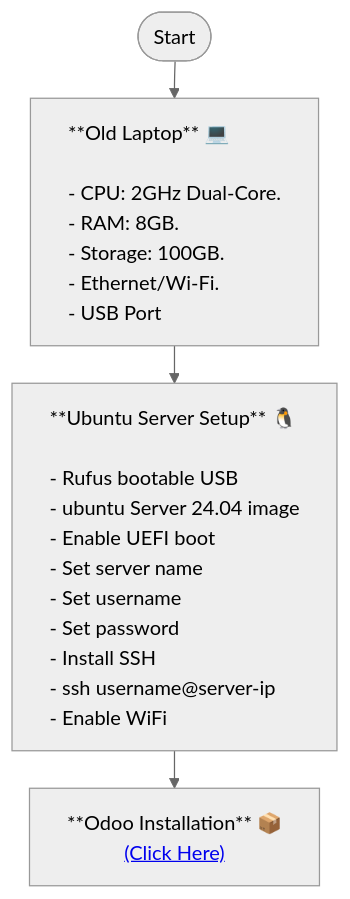
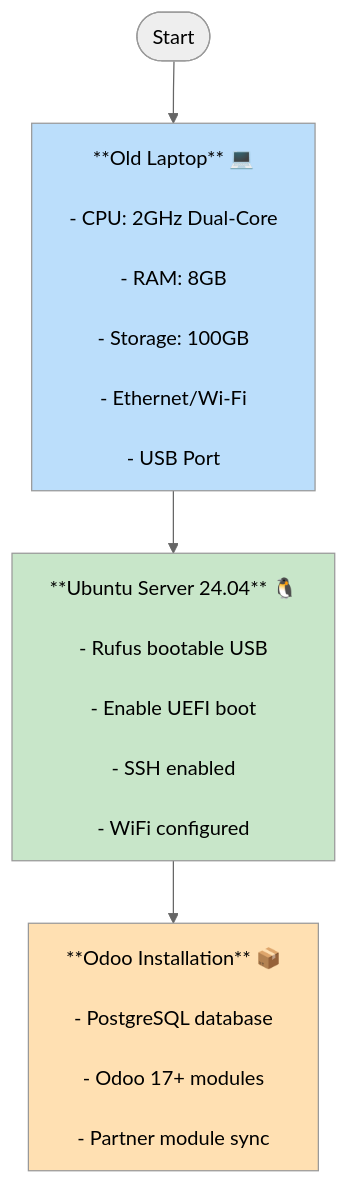
One commit to otalfredo8/ikyeasight changed the third of 3 diagrams in README.md. Above: the diagram before and after it, drawn with Mermaid (neutral theme). The commit also changed other lines of this file, not shown here.

````diff
--- a/README.md
+++ b/README.md
@@ -5,34 +226,30 @@
 ```mermaid
-%%{init: {'flowchart': {'rankSpacing': 30}}}%%
 flowchart TB
     Start@{shape: pill}
 
-    PC[**Old Laptop** 💻<br>
-        - CPU: 2GHz Dual-Core.
-        - RAM: 8GB.
-        - Storage: 100GB.
-        - Ethernet/Wi-Fi.
-        - USB Port]
+    PC["**Old Laptop** 💻<br/>
+        - CPU: 2GHz Dual-Core<br/>
+        - RAM: 8GB<br/>
+        - Storage: 100GB<br/>
+        - Ethernet/Wi-Fi<br/>
+        - USB Port"]
 
     Start --> PC
-    linkStyle 0 stroke-width:1px,length:2px;
-    style PC text-align:left
 
-    Ubuntu_Installation[**Ubuntu Server Setup** 🐧<br>
-                        - Rufus bootable USB
-                        - ubuntu Server 24.04 image
-                        - Enable UEFI boot
-                        - Set server name
-                        - Set username
-                        - Set password
-                        - Install SSH
-                        - ssh username@server-ip
-                        - Enable WiFi]
-    PC --> Ubuntu_Installation
-    style Ubuntu_Installation text-align:left
+    Ubuntu["**Ubuntu Server 24.04** 🐧<br/>
+        - Rufus bootable USB<br/>
+        - Enable UEFI boot<br/>
+        - SSH enabled<br/>
+        - WiFi configured"]
+    PC --> Ubuntu
 
-    Odoo_Installation["**Odoo Installation** 📦
-    <a href='https://github.com/otalfredo8/ikyeasight/blob/main/docs/OdooInstallation.md'>(Click Here)</a>"]
+    Odoo["**Odoo Installation** 📦<br/>
+        - PostgreSQL database<br/>
+        - Odoo 17+ modules<br/>
+        - Partner module sync"]
+    Ubuntu --> Odoo
 
-    Ubuntu_Installation --> Odoo_Installation
+    style PC fill:#bbdefb
+    style Ubuntu fill:#c8e6c9
+    style Odoo fill:#ffe0b2
 ```
````
